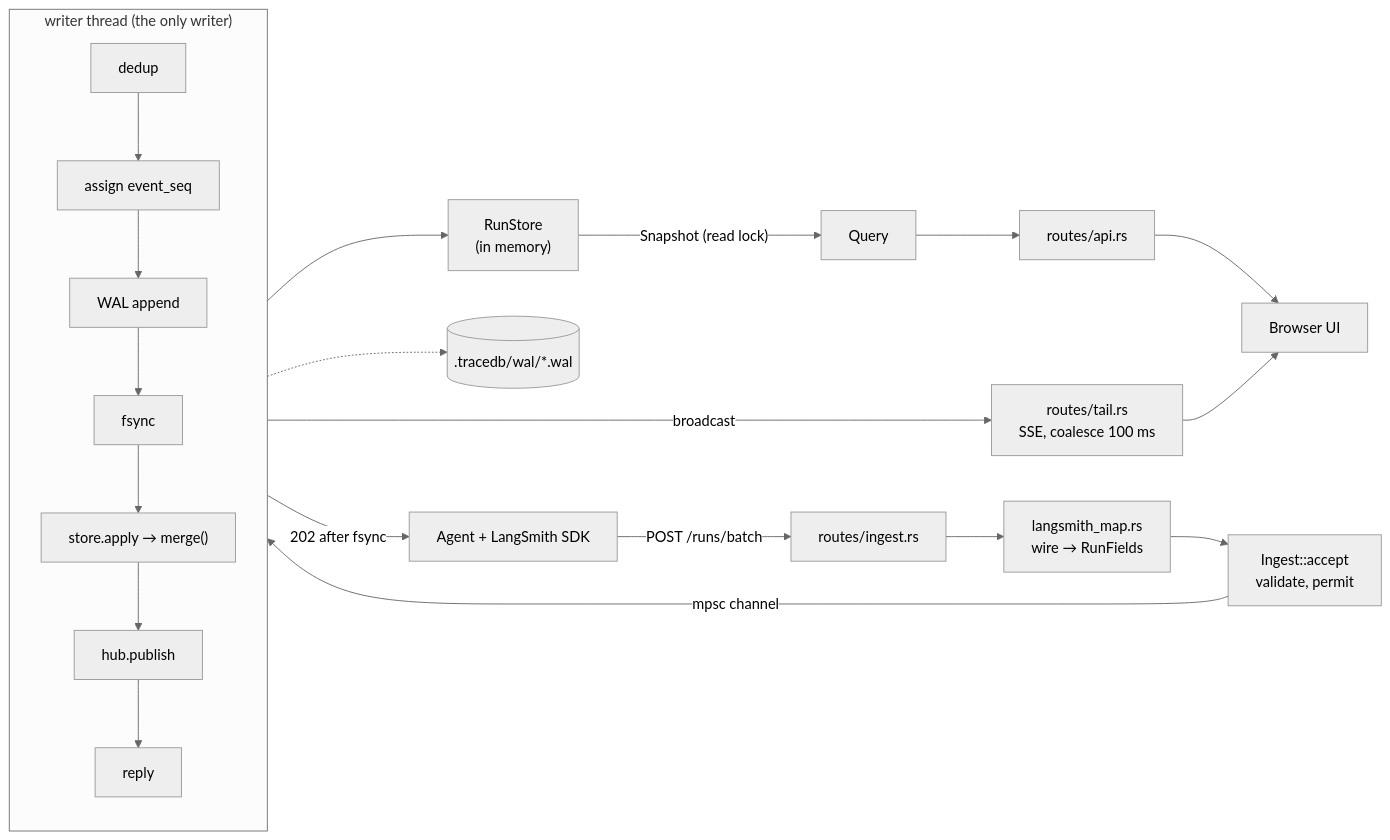
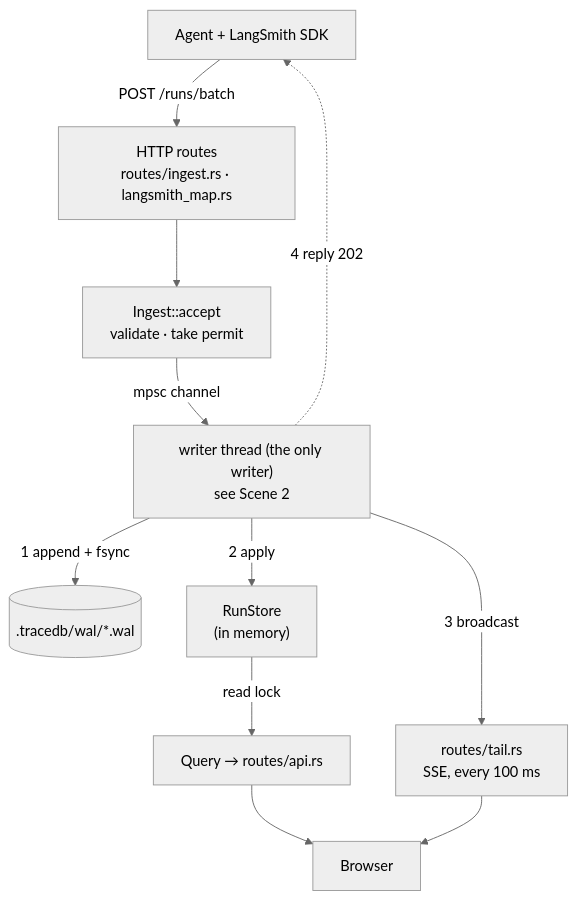
One commit to liukai/smithling changed the first of 8 diagrams in specs/001-m1-see-agent-trace-live/starter-guide.md. Above: the diagram before and after it, drawn with Mermaid (neutral theme). The commit also changed other lines of this file and 14 other files, not shown here.

````diff
--- a/specs/001-m1-see-agent-trace-live/starter-guide.md
+++ b/specs/001-m1-see-agent-trace-live/starter-guide.md
@@ -10,20 +10,23 @@
 ```mermaid
-flowchart LR
-    SDK["Agent + LangSmith SDK"] -->|"POST /runs/batch"| R["routes/ingest.rs"]
-    R --> M["langsmith_map.rs<br/>wire → RunFields"]
-    M --> A["Ingest::accept<br/>validate, permit"]
+flowchart TB
+    SDK["Agent + LangSmith SDK"]
+    H["HTTP routes<br/>routes/ingest.rs · langsmith_map.rs"]
+    A["Ingest::accept<br/>validate · take permit"]
+    W["writer thread (the only writer)<br/>see Scene 2"]
+    WAL[(".tracedb/wal/*.wal")]
+    ST["RunStore<br/>(in memory)"]
+    Q["Query → routes/api.rs"]
+    T["routes/tail.rs<br/>SSE, every 100 ms"]
+    UI["Browser"]
+
+    SDK -->|"POST /runs/batch"| H
+    H --> A
     A -->|"mpsc channel"| W
-
-    subgraph W["writer thread (the only writer)"]
-        direction TB
-        D["dedup"] --> S["assign event_seq"] --> L["WAL append"] --> F["fsync"] --> AP["store.apply → merge()"] --> P["hub.publish"] --> Y["reply"]
-    end
-
-    L -.-> DISK[(".tracedb/wal/*.wal")]
-    AP --> ST["RunStore<br/>(in memory)"]
-    P -->|"broadcast"| T["routes/tail.rs<br/>SSE, coalesce 100 ms"]
-    ST -->|"Snapshot (read lock)"| Q["Query"] --> API["routes/api.rs"]
-    API --> UI["Browser UI"]
+    W -->|"1 append + fsync"| WAL
+    W -->|"2 apply"| ST
+    W -->|"3 broadcast"| T
+    W -.->|"4 reply 202"| SDK
+    ST -->|"read lock"| Q
+    Q --> UI
     T --> UI
-    Y -->|"202 after fsync"| SDK
 ```
````
